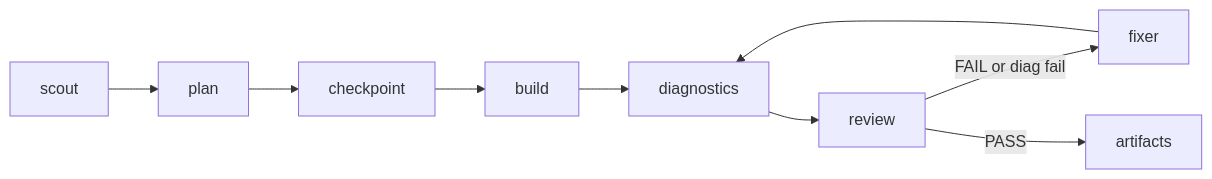
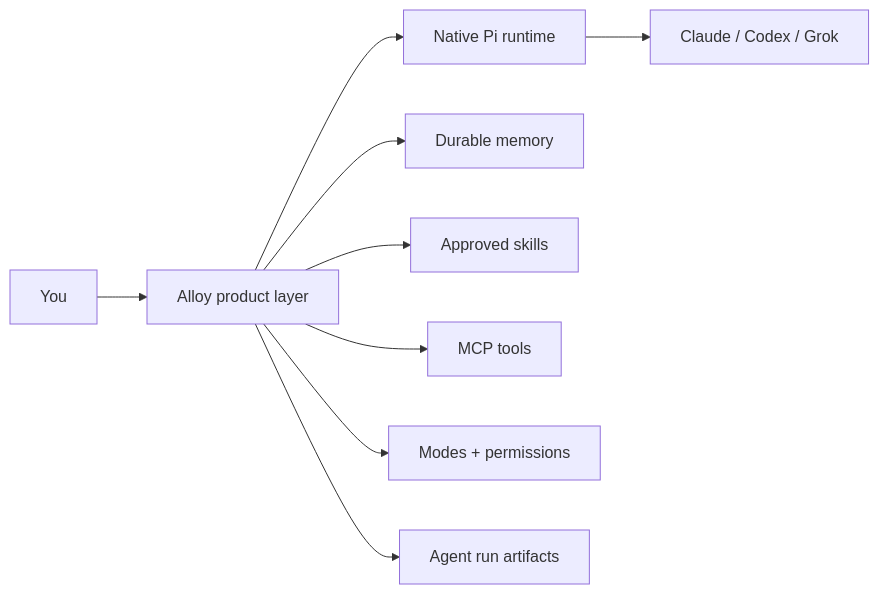
The diagram in README.md (ccoussa717/alloy), drawn with Mermaid before and after one commit. The commit also changed other lines of this file and 5 other files, not shown here.

````diff
--- a/README.md
+++ b/README.md
@@ -545,7 +137,11 @@
 ```mermaid
 flowchart LR
-  A[scout] --> B[plan] --> C[checkpoint] --> D[build] --> E[diagnostics] --> F[review]
-  F -->|FAIL or diag fail| G[fixer]
-  G --> E
-  F -->|PASS| H[artifacts]
+  You[You] --> Alloy[Alloy product layer]
+  Alloy --> Pi[Native Pi runtime]
+  Pi --> Models[Claude / Codex / Grok]
+  Alloy --> Memory[Durable memory]
+  Alloy --> Skills[Approved skills]
+  Alloy --> MCP[MCP tools]
+  Alloy --> Policy[Modes + permissions]
+  Alloy --> Runs[Agent run artifacts]
 ```
````
